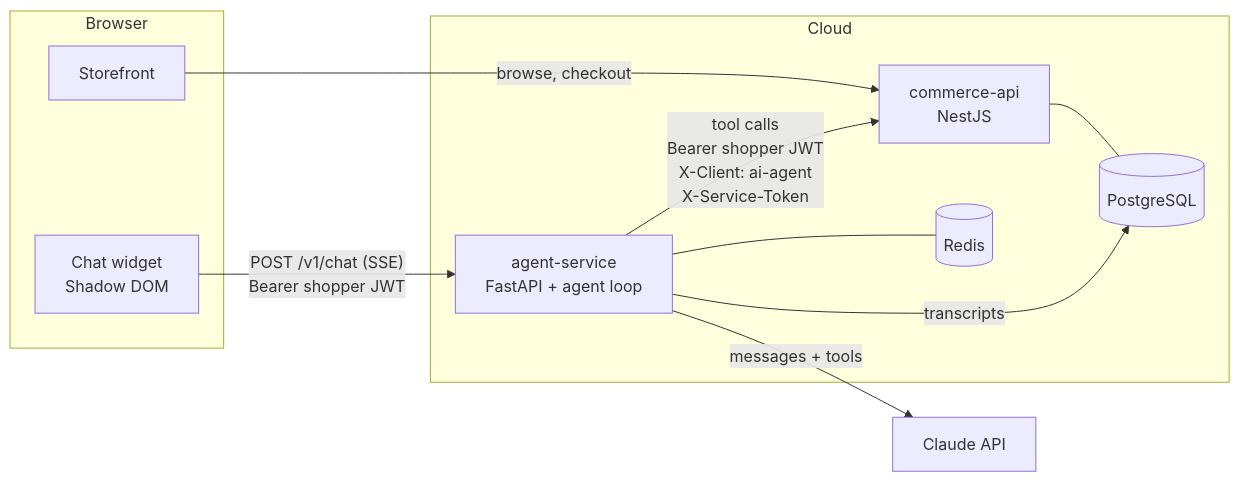
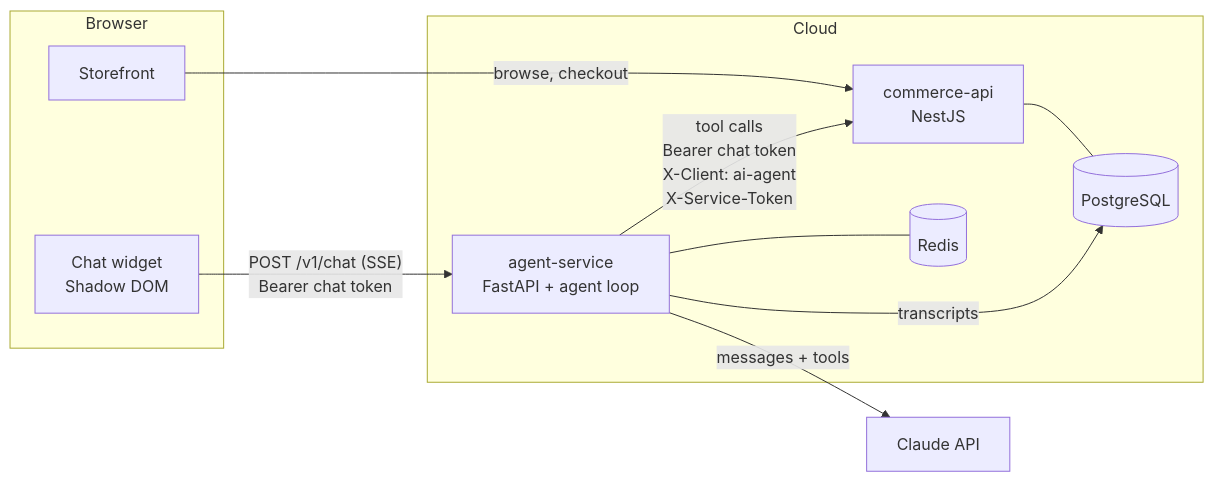
One commit to Viris168/AI-Shopping-Agent changed the first of 3 diagrams in ARCHITECTURE.md. Above: the diagram before and after it, drawn with Mermaid. The commit also changed other lines of this file and 44 other files, not shown here.

````diff
--- a/ARCHITECTURE.md
+++ b/ARCHITECTURE.md
@@ -25,22 +25,22 @@
 ```mermaid
 flowchart LR
   subgraph Browser
     SF[Storefront]
     W[Chat widget<br/>Shadow DOM]
   end
   subgraph Cloud
     AS[agent-service<br/>FastAPI + agent loop]
     CA[commerce-api<br/>NestJS]
     R[(Redis)]
     PG[(PostgreSQL)]
   end
   CL[Claude API]
 
-  W -- "POST /v1/chat (SSE)<br/>Bearer shopper JWT" --> AS
+  W -- "POST /v1/chat (SSE)<br/>Bearer chat token" --> AS
   SF -- "browse, checkout" --> CA
   AS -- "messages + tools" --> CL
-  AS -- "tool calls<br/>Bearer shopper JWT<br/>X-Client: ai-agent<br/>X-Service-Token" --> CA
+  AS -- "tool calls<br/>Bearer chat token<br/>X-Client: ai-agent<br/>X-Service-Token" --> CA
   AS --- R
   CA --- PG
   AS -- "transcripts" --> PG
 ```
````
